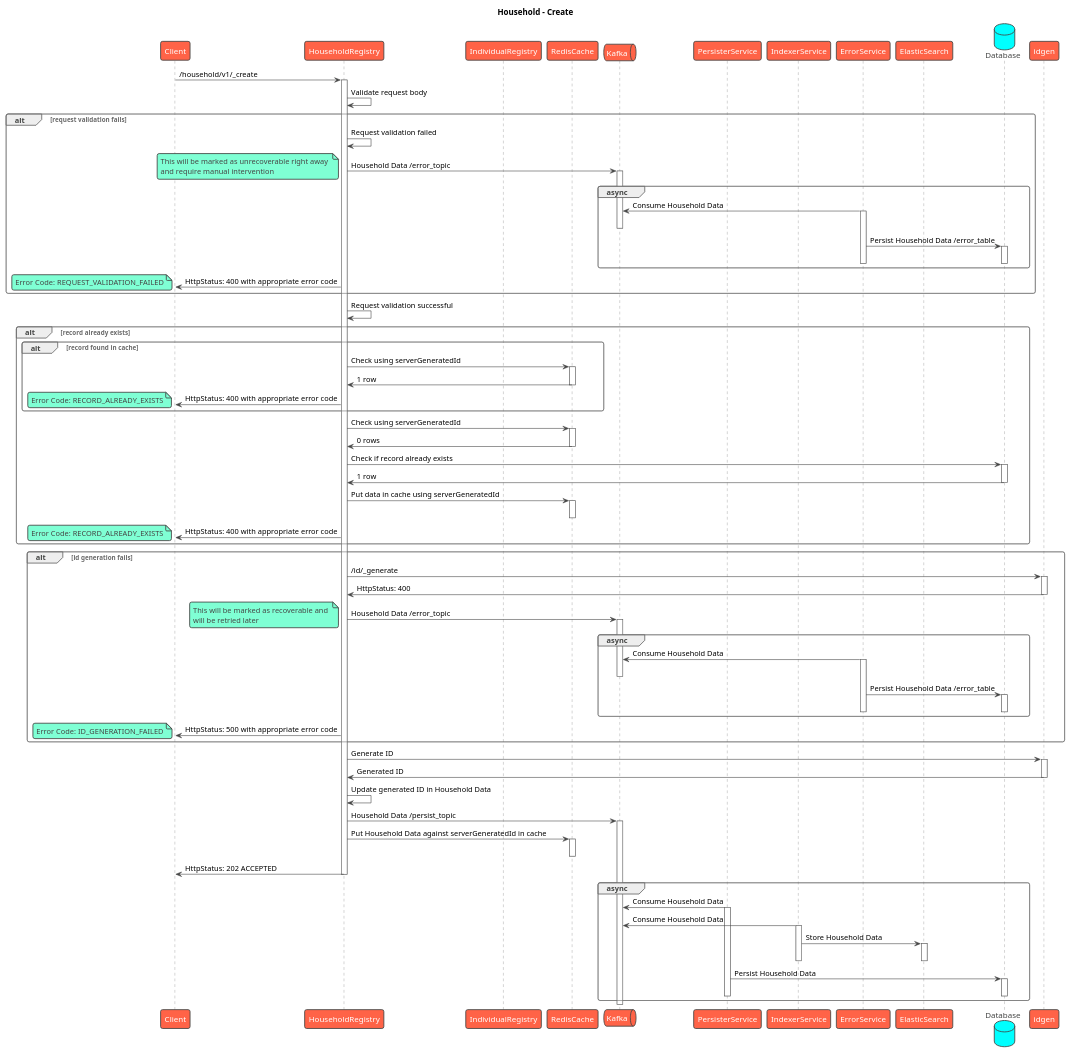
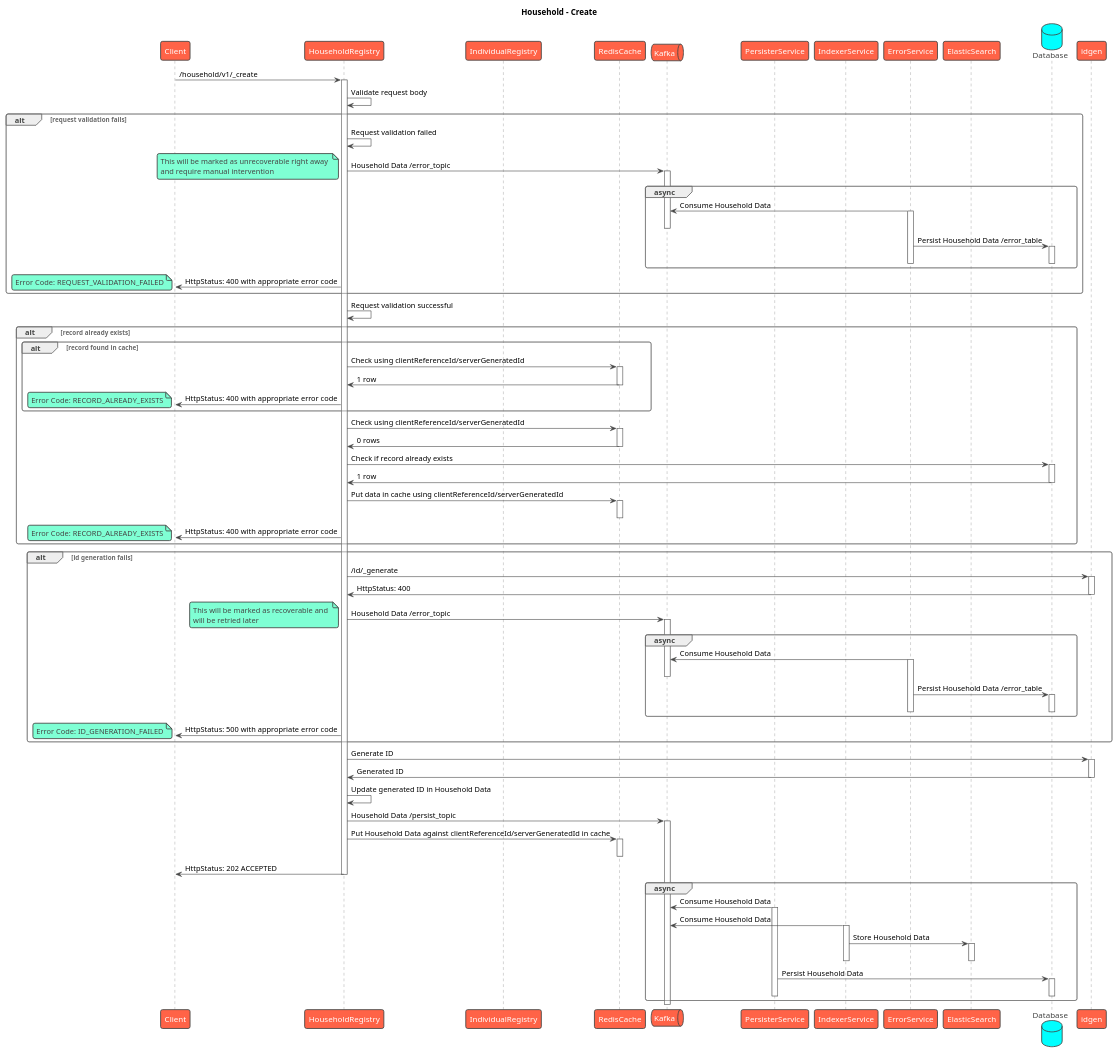
Before and after one commit to egovernments/health-api-specs: the diagram in contracts/registries/household/sequence/create.puml, drawn with PlantUML. The commit also changed 15 other files, not shown here.

First line of the commit message:
Sequence: /project/v1/_search and /project/v1/_update

```diff
--- a/contracts/registries/household/sequence/create.puml
+++ b/contracts/registries/household/sequence/create.puml
@@ -1,159 +1,159 @@
 @startuml
 title Household - Create
 !theme vibrant
 participant Client as c
 participant HouseholdRegistry as s
 participant IndividualRegistry as s2
 participant RedisCache as rc
 queue Kafka as k
 participant PersisterService as prs
 participant IndexerService as idx
 participant ErrorService as es
 participant ElasticSearch as el
 database Database as db
 c -> s : /household/v1/_create
 activate s
 s -> s: Validate request body
 alt request validation fails
     s -> s: Request validation failed
     s -> k: Household Data /error_topic
     note left
         This will be marked as unrecoverable right away 
         and require manual intervention
     end note
     activate k
     group async
         es -> k: Consume Household Data
         activate es
         deactivate k
         es -> db: Persist Household Data /error_table
         activate db
         deactivate db
         deactivate es
     end
     s -> c: HttpStatus: 400 with appropriate error code
     note left
         Error Code: REQUEST_VALIDATION_FAILED
     end note
 end
 s -> s: Request validation successful
 alt record already exists
     alt record found in cache
-      s -> rc: Check using serverGeneratedId
+      s -> rc: Check using clientReferenceId/serverGeneratedId
       activate rc
       rc -> s: 1 row
       deactivate rc
       s -> c: HttpStatus: 400 with appropriate error code
       note left
           Error Code: RECORD_ALREADY_EXISTS
       end note
     end
-    s -> rc: Check using serverGeneratedId
+    s -> rc: Check using clientReferenceId/serverGeneratedId
     activate rc
     rc -> s: 0 rows
     deactivate rc
     s -> db: Check if record already exists
     activate db
     db -> s: 1 row
     deactivate db
-    s -> rc: Put data in cache using serverGeneratedId
+    s -> rc: Put data in cache using clientReferenceId/serverGeneratedId
     activate rc
     deactivate rc
     s -> c: HttpStatus: 400 with appropriate error code
     note left
         Error Code: RECORD_ALREADY_EXISTS
     end note
 end
 'alt individual(s) don't exist [loop on all individualId(s) in request]
 '    s -> s2: /individual/v1/_search
 '    activate s2
 '    s2 -> s: 0 rows
 '    deactivate s2
 '    s -> k: Household Data /error_topic
 '    note left
 '        This will be marked as recoverable and will be
 '        retried later
 '    end note
 '    activate k
 '    group async
 '        es -> k: Consume Household Data
 '        activate es
 '        deactivate k
 '        es -> db: Persist Household Data /error_table
 '        activate db
 '        deactivate db
 '        deactivate es
 '    end
 '    s -> c: HttpStatus: 400 with appropriate error code
 '    note left
 '        Error Code: DEPENDENCY_ERROR
 '    end note
 'end
 's -> s2: /individual/v1/_search
 'activate s2
 's2 -> s: 1 row
 'deactivate s2
-'s -> db: Get Individual/Household mapping using individual serverGeneratedId [loop on all individualId(s) in request]]
+'s -> db: Get Individual/Household mapping using individual clientReferenceId/serverGeneratedId [loop on all individualId(s) in request]]
 'activate db
 'alt mapping record found
 '  db -> s: 1 row
 '  deactivate db
 '  s -> c: HttpStatus: 400 with appropriate error code
 '  note left
 '      Error Code: BAD_REQUEST
 '      Ensures that the individual is not already linked to a household
 '  end note
 'end
 alt id generation fails
     s -> idgen: /id/_generate
     activate idgen
     idgen -> s: HttpStatus: 400
     deactivate idgen
     s -> k: Household Data /error_topic
     note left
         This will be marked as recoverable and 
         will be retried later
     end note
     activate k
     group async
         es -> k: Consume Household Data
         activate es
         deactivate k
         es -> db: Persist Household Data /error_table
         activate db
         deactivate db
         deactivate es
     end
     s -> c: HttpStatus: 500 with appropriate error code
     note left
       Error Code: ID_GENERATION_FAILED
     end note
 end
 s -> idgen: Generate ID
 activate idgen
 idgen -> s: Generated ID
 deactivate idgen
 s -> s: Update generated ID in Household Data
 s -> k: Household Data /persist_topic
 activate k
-s -> rc: Put Household Data against serverGeneratedId in cache
+s -> rc: Put Household Data against clientReferenceId/serverGeneratedId in cache
 activate rc
 deactivate rc
 s -> c: HttpStatus: 202 ACCEPTED
 deactivate s
 group async
     prs -> k: Consume Household Data
     activate prs
     idx -> k: Consume Household Data
     activate idx
     idx -> el: Store Household Data
     activate el
     deactivate el
     deactivate idx
     prs -> db: Persist Household Data
     activate db
     deactivate db
     deactivate prs
 end
 deactivate k
 @enduml
```
